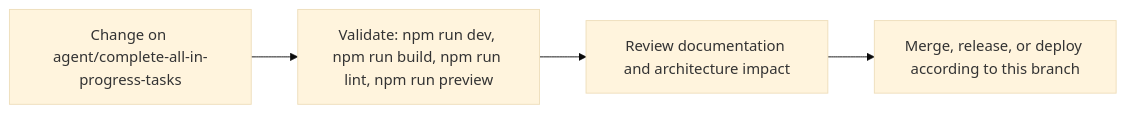
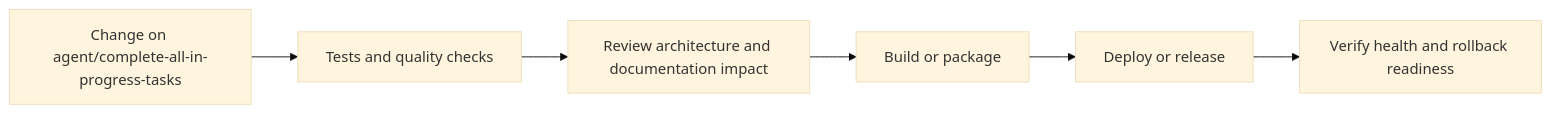
The fourth of 5 diagrams in README.md (Nischhalsubba/Reeja-Maharjan-Website-2026), drawn with Mermaid (base theme) before and after one commit. The commit also changed other lines of this file, not shown here.

````diff
--- a/README.md
+++ b/README.md
@@ -81,8 +161,8 @@
 ```mermaid
 flowchart LR
-    CHANGE["Change on agent/complete-all-in-progress-tasks"]
-    CHECK["Validate: npm run dev, npm run build, npm run lint, npm run preview"]
-    REVIEW["Review documentation and architecture impact"]
-    RELEASE["Merge, release, or deploy according to this branch"]
-    CHANGE --> CHECK --> REVIEW --> RELEASE
+    CHANGE["Change on agent/complete-all-in-progress-tasks"] --> CHECK["Tests and quality checks"]
+    CHECK --> REVIEW["Review architecture and documentation impact"]
+    REVIEW --> BUILD["Build or package"]
+    BUILD --> DEPLOY["Deploy or release"]
+    DEPLOY --> VERIFY["Verify health and rollback readiness"]
 ```
````
